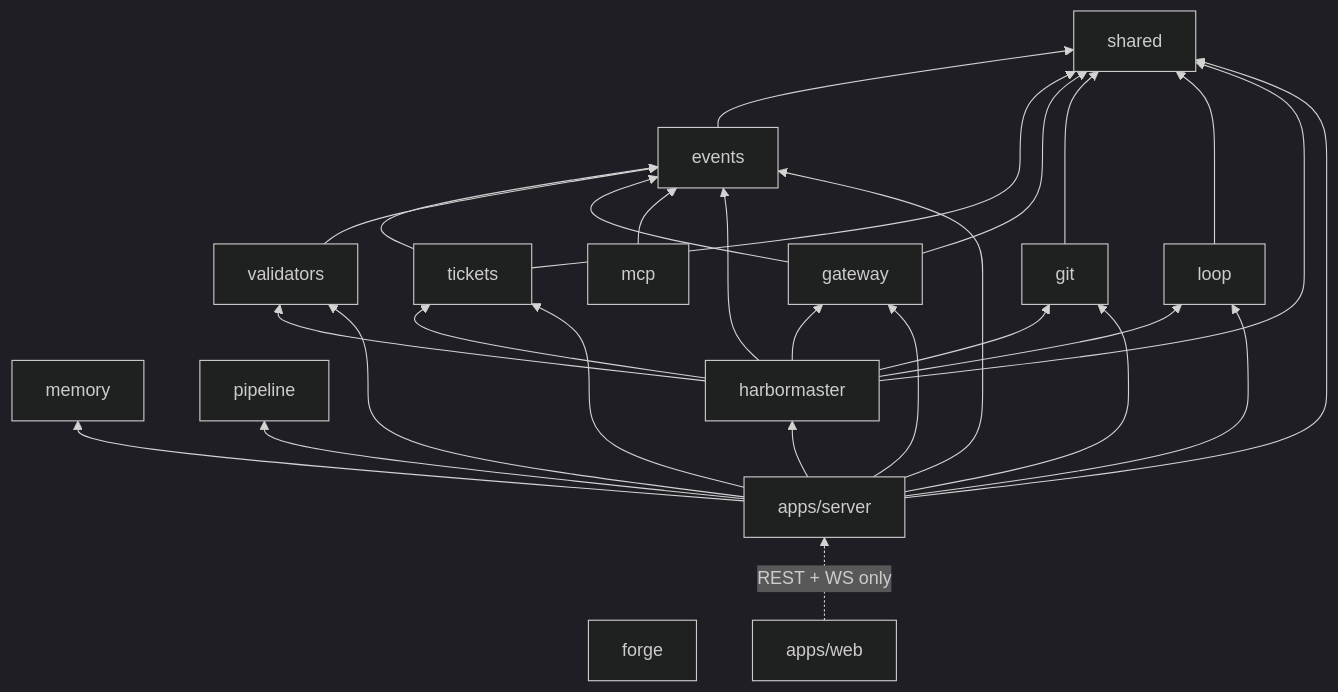
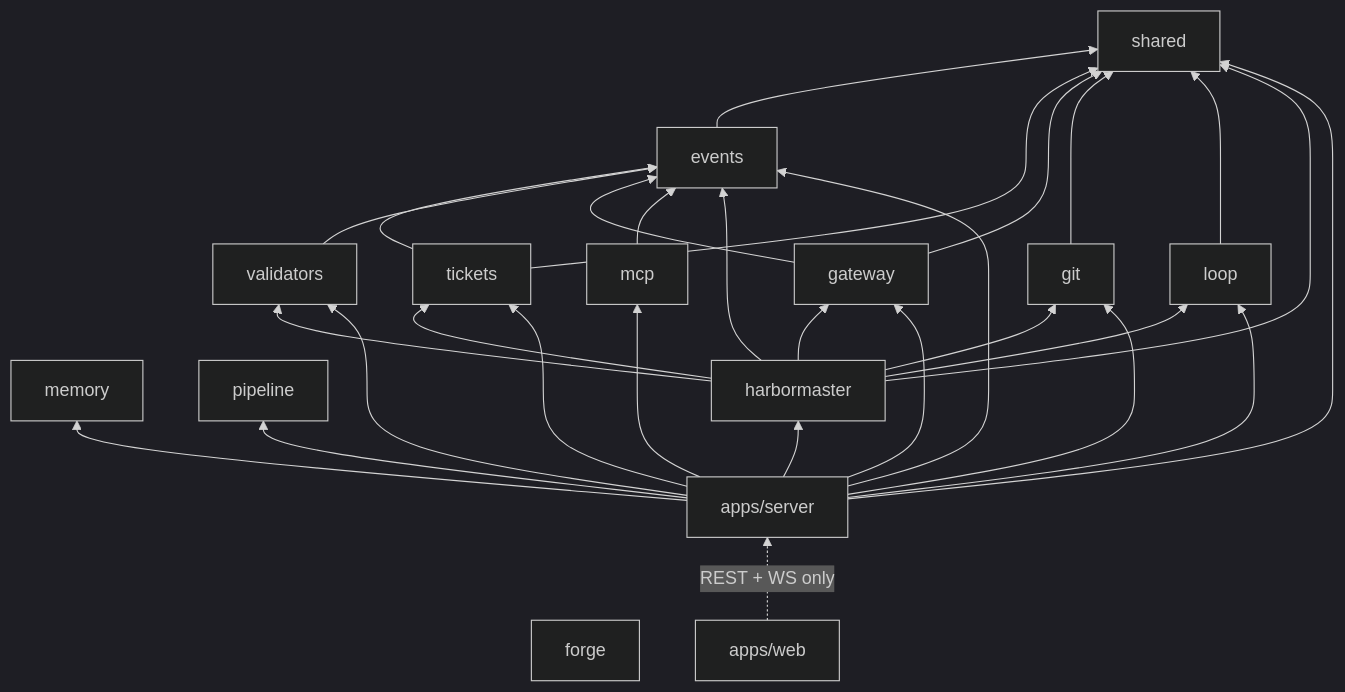
Before and after one commit to bpmforge/dokima: the second of 2 diagrams in docs/ARCHITECTURE.md, drawn with Mermaid (dark theme). The commit also changed other lines of this file and 9 other files, not shown here.

````diff
--- a/docs/ARCHITECTURE.md
+++ b/docs/ARCHITECTURE.md
@@ -175,17 +175,17 @@
 ```mermaid
 graph BT
     shared[shared]
     events[events] --> shared
     tickets[tickets] --> events & shared
     validators[validators] --> events
     gateway[gateway] --> events & shared
     memory[memory]
     git[git] --> shared
     forge[forge]
     mcp[mcp] --> events
     loop[loop] --> shared
     pipeline[pipeline]
     hm[harbormaster] --> shared & events & tickets & validators & gateway & git & loop
-    server[apps/server] --> shared & events & tickets & validators & gateway & memory & git & loop & pipeline & hm
+    server[apps/server] --> shared & events & tickets & validators & gateway & memory & git & mcp & loop & pipeline & hm
     web[apps/web] -.->|REST + WS only| server
 ```
````
